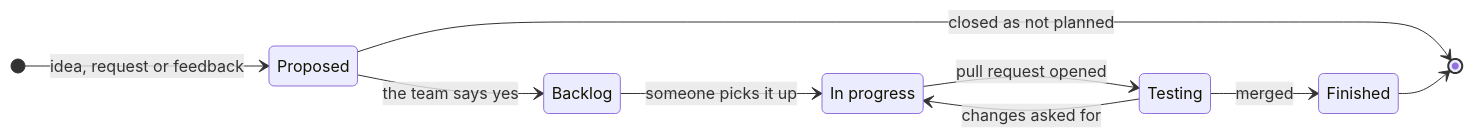
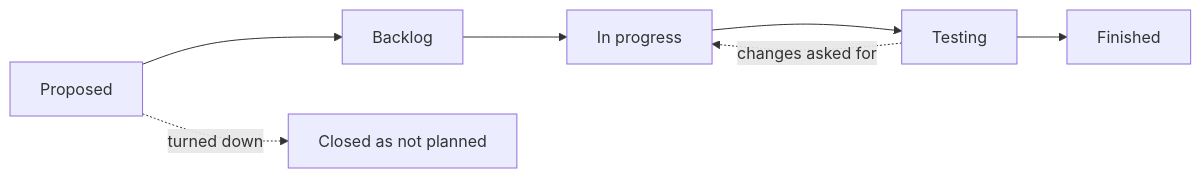
Before and after one commit to Liam-M-Mays/game-jam-2026: the first of 2 diagrams in docs/workflow.md, drawn with Mermaid.

Commit message:
Make the states diagram readable at page width
The left-to-right state diagram drew its labels too small to read on
GitHub. Draw the five states as a plain flowchart instead.

````diff
--- a/docs/workflow.md
+++ b/docs/workflow.md
@@ -9,13 +9,6 @@
 ```mermaid
-stateDiagram-v2
-    direction LR
-    state "In progress" as InProgress
-    [*] --> Proposed: idea, request or feedback
-    Proposed --> Backlog: the team says yes
-    Proposed --> [*]: closed as not planned
-    Backlog --> InProgress: someone picks it up
-    InProgress --> Testing: pull request opened
-    Testing --> InProgress: changes asked for
-    Testing --> Finished: merged
-    Finished --> [*]
+flowchart LR
+    Proposed --> Backlog --> InProgress["In progress"] --> Testing --> Finished
+    Testing -. changes asked for .-> InProgress
+    Proposed -. turned down .-> Closed["Closed as not planned"]
 ```
````
